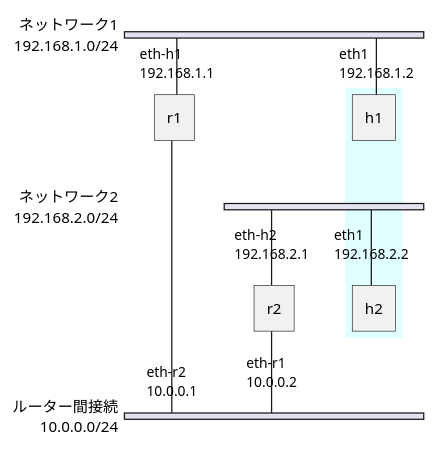
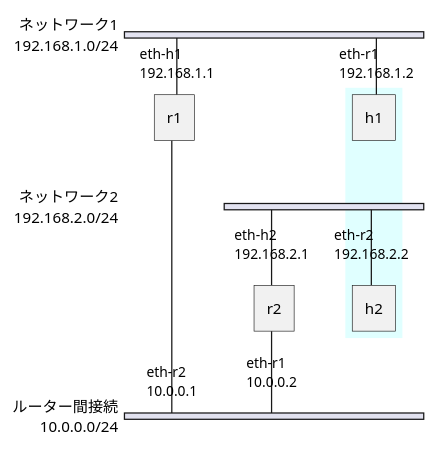
One commit to coolwind0202/seccamp-2026-hokkaido changed the diagram in slide/snippets/static-routing.plantuml. Above: the diagram before and after it, drawn with PlantUML. The commit also changed 1 other file, not shown here.

```diff
--- a/slide/snippets/static-routing.plantuml
+++ b/slide/snippets/static-routing.plantuml
@@ -3,28 +3,28 @@
 @startnwdiag
 nwdiag {
   group {
     color = "lightcyan";
     h1;
     h2;
   }
 
   network ネットワーク1 {
     address = "192.168.1.0/24";
     r1 [address = "eth-h1\n192.168.1.1"];
-    h1 [address = "eth1\n192.168.1.2"];
+    h1 [address = "eth-r1\n192.168.1.2"];
   }
 
   network ネットワーク2 {
     address = "192.168.2.0/24";
     r2 [address = "eth-h2\n192.168.2.1"];
-    h2 [address = "eth1\n192.168.2.2"];
+    h2 [address = "eth-r2\n192.168.2.2"];
   }
 
   network ルーター間接続 {
     width = full
     address = "10.0.0.0/24";
     r1 [address = "eth-r2\n10.0.0.1"];
     r2 [address = "eth-r1\n10.0.0.2"];
   }
 }
 @endnwdiag
```
